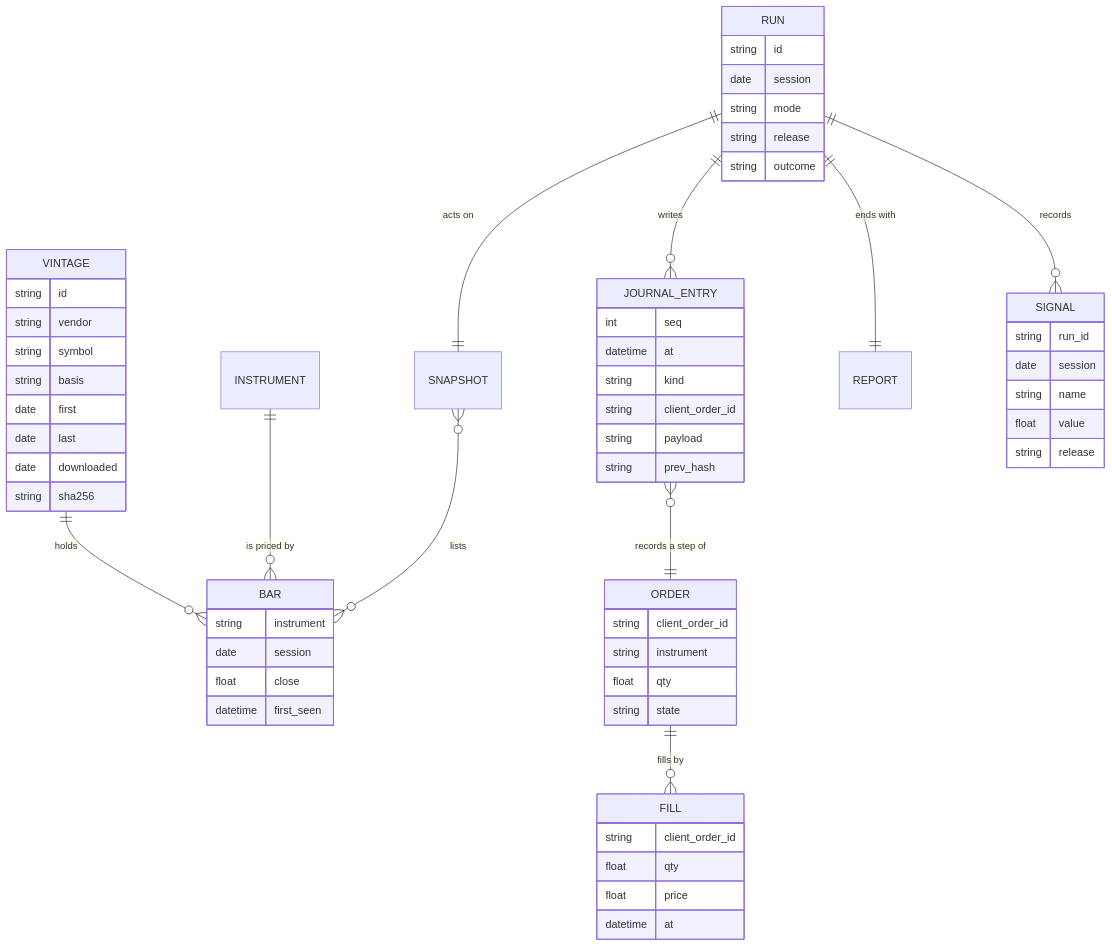
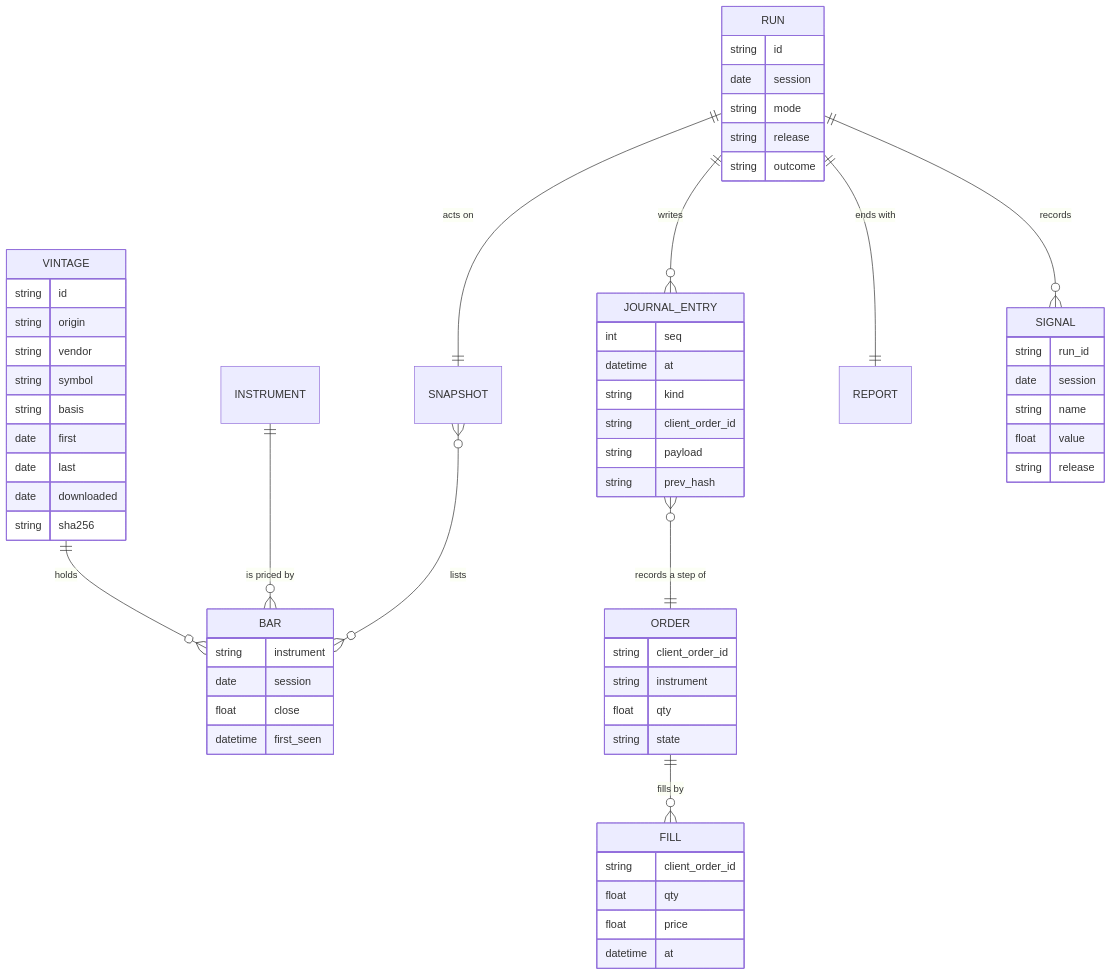
Diagram 14 of 16 in docs/architecture.md (l3a0/ithildin-runtime), drawn with Mermaid before and after one commit. The commit also changed other lines of this file, not shown here.

First line of the commit message:
docs(architecture): fix what the marketlake revision's review found

````diff
--- a/docs/architecture.md
+++ b/docs/architecture.md
@@ -930,63 +941,64 @@
 ```mermaid
 erDiagram
     VINTAGE ||--o{ BAR : "holds"
     INSTRUMENT ||--o{ BAR : "is priced by"
     RUN ||--|| SNAPSHOT : "acts on"
     SNAPSHOT }o--o{ BAR : "lists"
     RUN ||--o{ JOURNAL_ENTRY : "writes"
     JOURNAL_ENTRY }o--|| ORDER : "records a step of"
     ORDER ||--o{ FILL : "fills by"
     RUN ||--|| REPORT : "ends with"
     RUN ||--o{ SIGNAL : "records"
 
     VINTAGE {
         string id
+        string origin
         string vendor
         string symbol
         string basis
         date first
         date last
         date downloaded
         string sha256
     }
     BAR {
         string instrument
         date session
         float close
         datetime first_seen
     }
     RUN {
         string id
         date session
         string mode
         string release
         string outcome
     }
     SIGNAL {
         string run_id
         date session
         string name
         float value
         string release
     }
     JOURNAL_ENTRY {
         int seq
         datetime at
         string kind
         string client_order_id
         string payload
         string prev_hash
     }
     ORDER {
         string client_order_id
         string instrument
         float qty
         string state
     }
     FILL {
         string client_order_id
         float qty
         float price
         datetime at
     }
 ```
````
